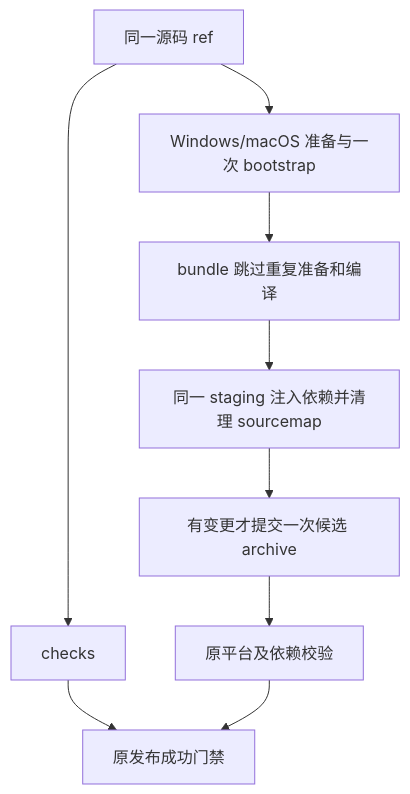
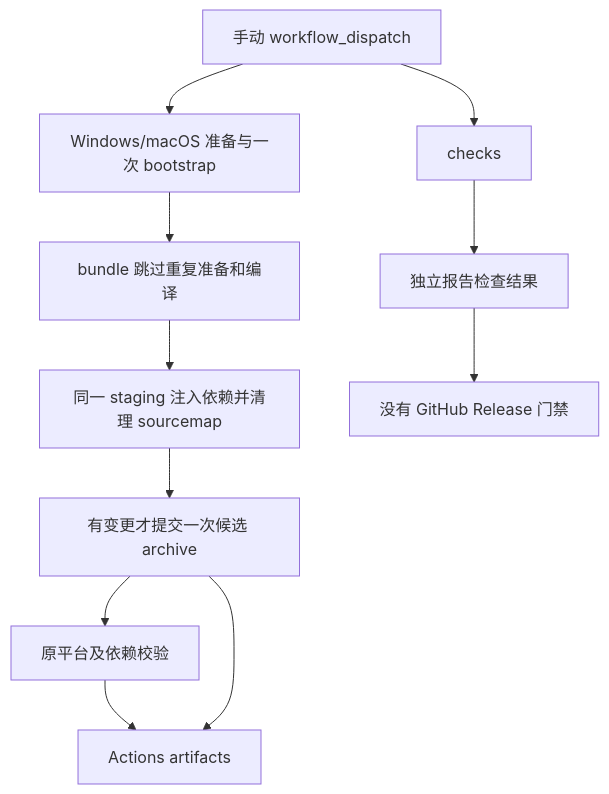
The diagram in docs/specs/upstream-remote-build-sync.md (No-ni/ZCodium), drawn with Mermaid before and after one commit. The commit also changed other lines of this file and 72 other files, not shown here.

````diff
--- a/docs/specs/upstream-remote-build-sync.md
+++ b/docs/specs/upstream-remote-build-sync.md
@@ -22,11 +24,13 @@
 ```mermaid
 flowchart TD
-    A[同一源码 ref] --> B[checks]
+    A[手动 workflow_dispatch] --> B[checks]
     A --> C[Windows/macOS 准备与一次 bootstrap]
     C --> D[bundle 跳过重复准备和编译]
     D --> E[同一 staging 注入依赖并清理 sourcemap]
     E --> F[有变更才提交一次候选 archive]
     F --> G[原平台及依赖校验]
-    B --> H[原发布成功门禁]
-    G --> H
+    B --> H[独立报告检查结果]
+    G --> I[Actions artifacts]
+    F --> I
+    H --> J[没有 GitHub Release 门禁]
 ```
````
